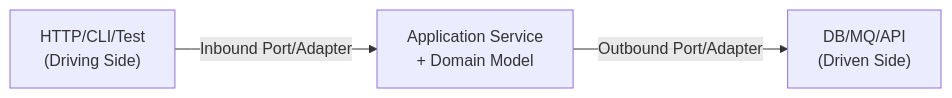
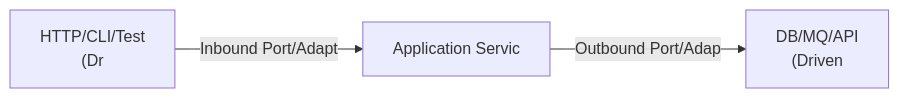
One commit to yjkim2015/yjkim2015.github.io changed the first of 4 diagrams in _posts/architecture/2026-05-01-hexagonal.md. Above: the diagram before and after it, drawn with Mermaid. The commit also changed other lines of this file and 271 other files, not shown here.

First line of the commit message:
Mermaid 라벨 축소: 긴 노드 텍스트 18자 이하로 트림 + \n 제거

````diff
--- a/_posts/architecture/2026-05-01-hexagonal.md
+++ b/_posts/architecture/2026-05-01-hexagonal.md
@@ -60,8 +60,8 @@
 ```mermaid
 graph LR
-    HTTP["HTTP/CLI/Test\n(Driving Side)"]
-    AS["Application Service\n+ Domain Model"]
-    DB["DB/MQ/API\n(Driven Side)"]
-    HTTP -->|"Inbound Port/Adapter"| AS
-    AS -->|"Outbound Port/Adapter"| DB
+    HTTP["HTTP/CLI/Test\n(Dr"]
+    AS["Application Servic"]
+    DB["DB/MQ/API\n(Driven"]
+    HTTP -->|"Inbound Port/Adapt"| AS
+    AS -->|"Outbound Port/Adap"| DB
 ```
````
